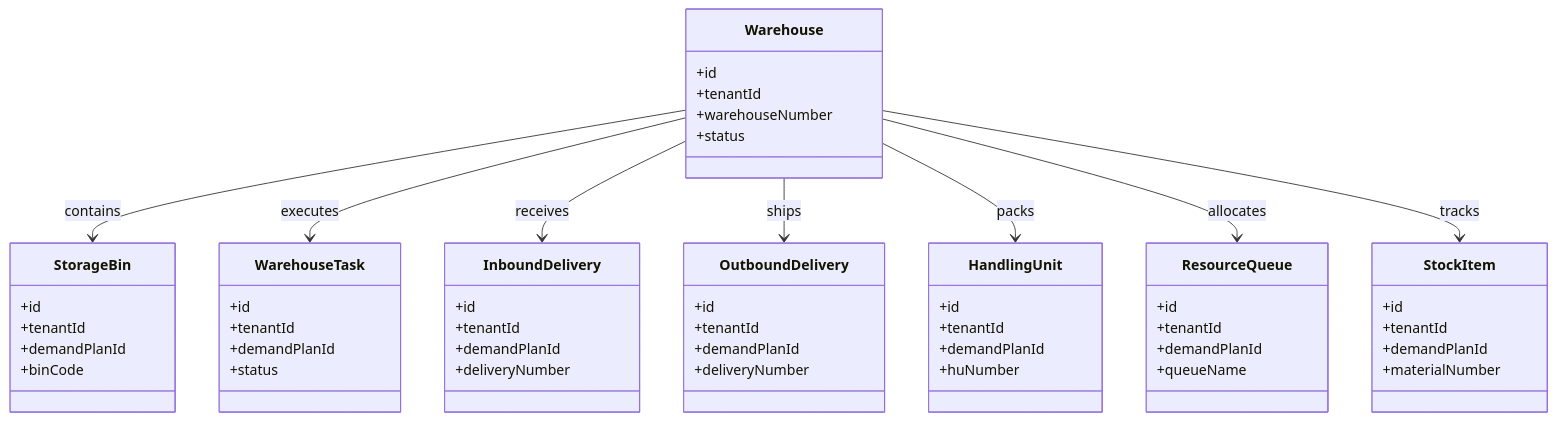
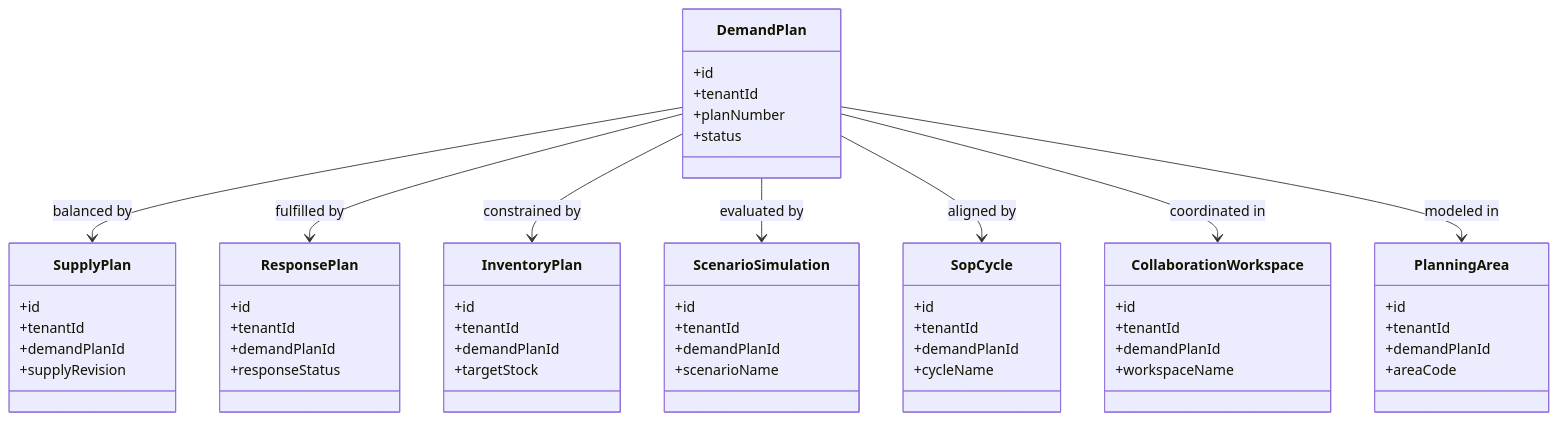
The first of 2 diagrams in ibp/UML.md (UIMSolutions/uim-software), drawn with Mermaid before and after one commit. The commit also changed other lines of this file and 98 other files, not shown here.

````diff
--- a/ibp/UML.md
+++ b/ibp/UML.md
@@ -42,68 +42,68 @@
 ```mermaid
 classDiagram
     direction TB
 
-    class Warehouse {
+    class DemandPlan {
         +id
         +tenantId
-        +warehouseNumber
+        +planNumber
         +status
     }
 
-    class StorageBin {
+    class SupplyPlan {
         +id
         +tenantId
         +demandPlanId
-        +binCode
+        +supplyRevision
     }
 
-    class WarehouseTask {
+    class ResponsePlan {
         +id
         +tenantId
         +demandPlanId
-        +status
+        +responseStatus
     }
 
-    class InboundDelivery {
+    class InventoryPlan {
         +id
         +tenantId
         +demandPlanId
-        +deliveryNumber
+        +targetStock
     }
 
-    class OutboundDelivery {
+    class ScenarioSimulation {
         +id
         +tenantId
         +demandPlanId
-        +deliveryNumber
+        +scenarioName
     }
 
-    class HandlingUnit {
+    class SopCycle {
         +id
         +tenantId
         +demandPlanId
-        +huNumber
+        +cycleName
     }
 
-    class ResourceQueue {
+    class CollaborationWorkspace {
         +id
         +tenantId
         +demandPlanId
-        +queueName
+        +workspaceName
     }
 
-    class StockItem {
+    class PlanningArea {
         +id
         +tenantId
         +demandPlanId
-        +materialNumber
+        +areaCode
     }
 
-    Warehouse --> StorageBin : contains
-    Warehouse --> WarehouseTask : executes
-    Warehouse --> InboundDelivery : receives
-    Warehouse --> OutboundDelivery : ships
-    Warehouse --> HandlingUnit : packs
-    Warehouse --> ResourceQueue : allocates
-    Warehouse --> StockItem : tracks
+    DemandPlan --> SupplyPlan : balanced by
+    DemandPlan --> ResponsePlan : fulfilled by
+    DemandPlan --> InventoryPlan : constrained by
+    DemandPlan --> ScenarioSimulation : evaluated by
+    DemandPlan --> SopCycle : aligned by
+    DemandPlan --> CollaborationWorkspace : coordinated in
+    DemandPlan --> PlanningArea : modeled in
 ```
````
